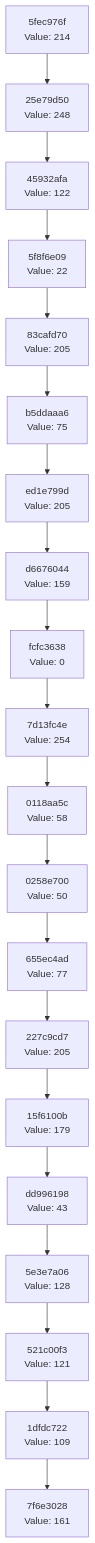
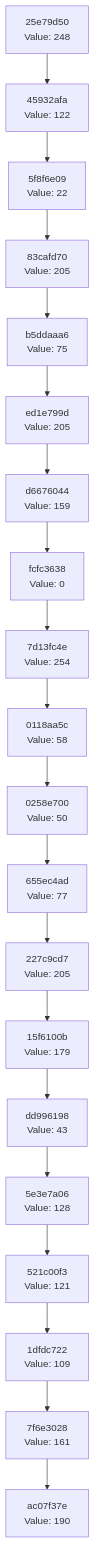
Before and after one commit to Abhisheksinha1506/hash-chain-evolver: the diagram in docs/CHAIN_VISUALIZATION.md, drawn with Mermaid. The commit also changed 3 other files, not shown here.

````diff
--- a/docs/CHAIN_VISUALIZATION.md
+++ b/docs/CHAIN_VISUALIZATION.md
@@ -3,42 +3,42 @@
 ```mermaid
 graph TD
-    C0["7f6e3028<br/>Value: 161"]
-    C1["1dfdc722<br/>Value: 109"]
+    C0["ac07f37e<br/>Value: 190"]
+    C1["7f6e3028<br/>Value: 161"]
     C1 --> C0
-    C2["521c00f3<br/>Value: 121"]
+    C2["1dfdc722<br/>Value: 109"]
     C2 --> C1
-    C3["5e3e7a06<br/>Value: 128"]
+    C3["521c00f3<br/>Value: 121"]
     C3 --> C2
-    C4["dd996198<br/>Value: 43"]
+    C4["5e3e7a06<br/>Value: 128"]
     C4 --> C3
-    C5["15f6100b<br/>Value: 179"]
+    C5["dd996198<br/>Value: 43"]
     C5 --> C4
-    C6["227c9cd7<br/>Value: 205"]
+    C6["15f6100b<br/>Value: 179"]
     C6 --> C5
-    C7["655ec4ad<br/>Value: 77"]
+    C7["227c9cd7<br/>Value: 205"]
     C7 --> C6
-    C8["0258e700<br/>Value: 50"]
+    C8["655ec4ad<br/>Value: 77"]
     C8 --> C7
-    C9["0118aa5c<br/>Value: 58"]
+    C9["0258e700<br/>Value: 50"]
     C9 --> C8
-    C10["7d13fc4e<br/>Value: 254"]
+    C10["0118aa5c<br/>Value: 58"]
     C10 --> C9
-    C11["fcfc3638<br/>Value: 0"]
+    C11["7d13fc4e<br/>Value: 254"]
     C11 --> C10
-    C12["d6676044<br/>Value: 159"]
+    C12["fcfc3638<br/>Value: 0"]
     C12 --> C11
-    C13["ed1e799d<br/>Value: 205"]
+    C13["d6676044<br/>Value: 159"]
     C13 --> C12
-    C14["b5ddaaa6<br/>Value: 75"]
+    C14["ed1e799d<br/>Value: 205"]
     C14 --> C13
-    C15["83cafd70<br/>Value: 205"]
+    C15["b5ddaaa6<br/>Value: 75"]
     C15 --> C14
-    C16["5f8f6e09<br/>Value: 22"]
+    C16["83cafd70<br/>Value: 205"]
     C16 --> C15
-    C17["45932afa<br/>Value: 122"]
+    C17["5f8f6e09<br/>Value: 22"]
     C17 --> C16
-    C18["25e79d50<br/>Value: 248"]
+    C18["45932afa<br/>Value: 122"]
     C18 --> C17
-    C19["5fec976f<br/>Value: 214"]
+    C19["25e79d50<br/>Value: 248"]
     C19 --> C18
 ```
````
